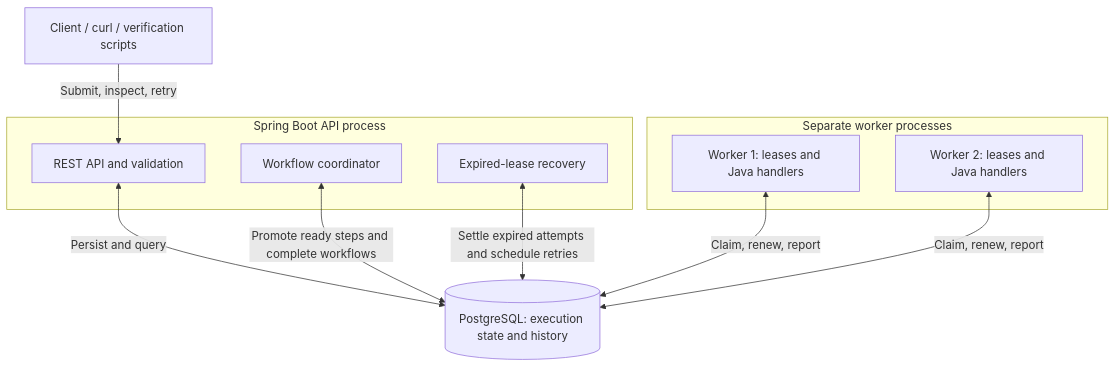
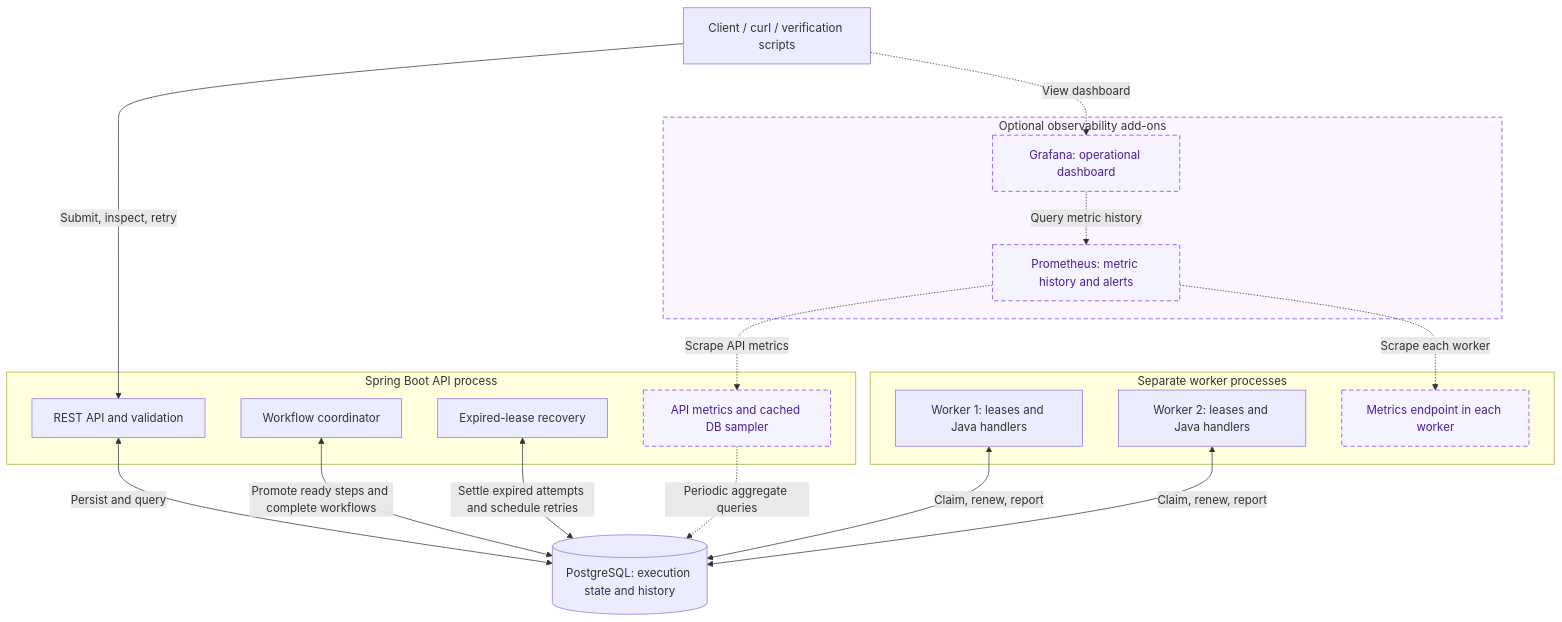
One commit to hzj112/dwe changed the diagram in README.md. Above: the diagram before and after it, drawn with Mermaid. The commit also changed other lines of this file and 2 other files, not shown here.

Commit message:
docs: expand observability guidance and update project references

````diff
--- a/README.md
+++ b/README.md
@@ -45,20 +70,34 @@
 ```mermaid
 flowchart TB
     Client[Client / curl / verification scripts]
     subgraph APIProcess[Spring Boot API process]
         API[REST API and validation]
         Coordinator[Workflow coordinator]
         Recovery[Expired-lease recovery]
+        APIMetrics["API metrics and cached DB sampler"]
     end
     DB[(PostgreSQL: execution state and history)]
     subgraph Workers[Separate worker processes]
         W1[Worker 1: leases and Java handlers]
         W2[Worker 2: leases and Java handlers]
+        WorkerMetrics["Metrics endpoint in each worker"]
+    end
+    subgraph Monitoring["Optional observability add-ons"]
+        Prometheus["Prometheus: metric history and alerts"]
+        Grafana["Grafana: operational dashboard"]
     end
     Client -->|Submit, inspect, retry| API
     API <-->|Persist and query| DB
     Coordinator <-->|Promote ready steps and complete workflows| DB
     Recovery <-->|Settle expired attempts and schedule retries| DB
     W1 <-->|Claim, renew, report| DB
     W2 <-->|Claim, renew, report| DB
+    APIMetrics -.->|Periodic aggregate queries| DB
+    Prometheus -.->|Scrape API metrics| APIMetrics
+    Prometheus -.->|Scrape each worker| WorkerMetrics
+    Grafana -.->|Query metric history| Prometheus
+    Client -.->|View dashboard| Grafana
+    classDef addon fill:#f5f3ff,stroke:#7c3aed,color:#4c1d95,stroke-dasharray:6 4
+    class APIMetrics,WorkerMetrics,Prometheus,Grafana addon
+    style Monitoring fill:#faf5ff,stroke:#7c3aed,stroke-dasharray:6 4
 ```
````
